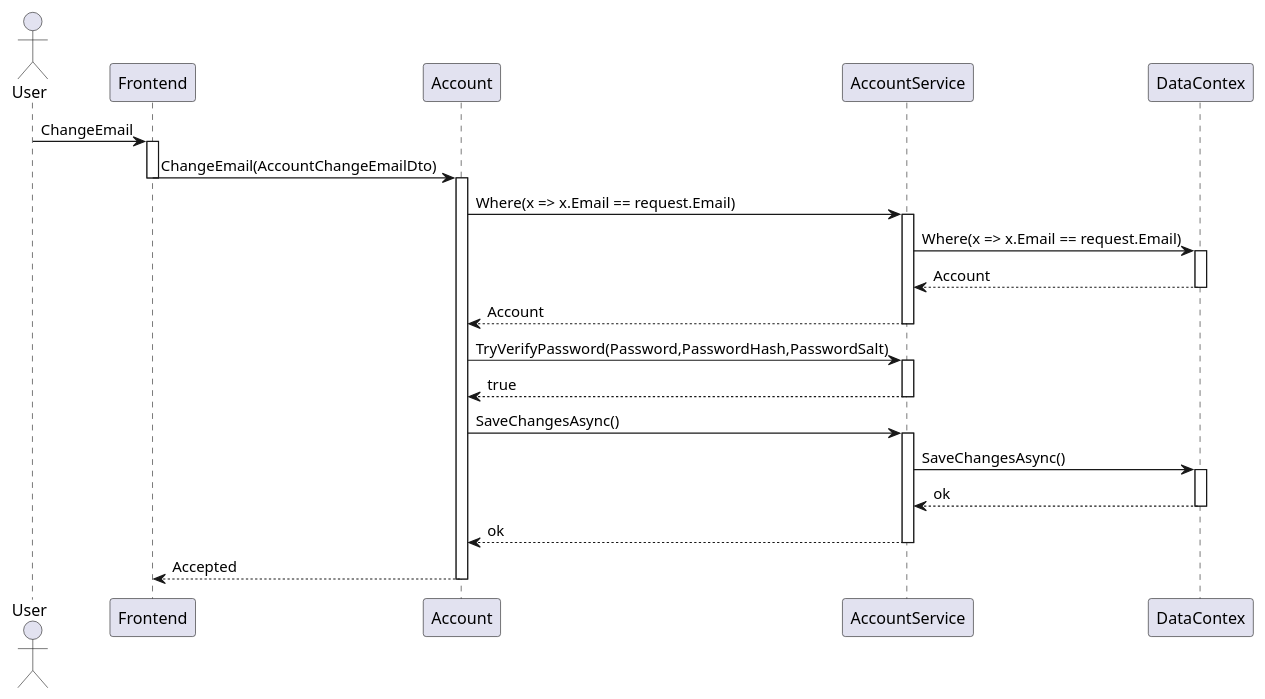
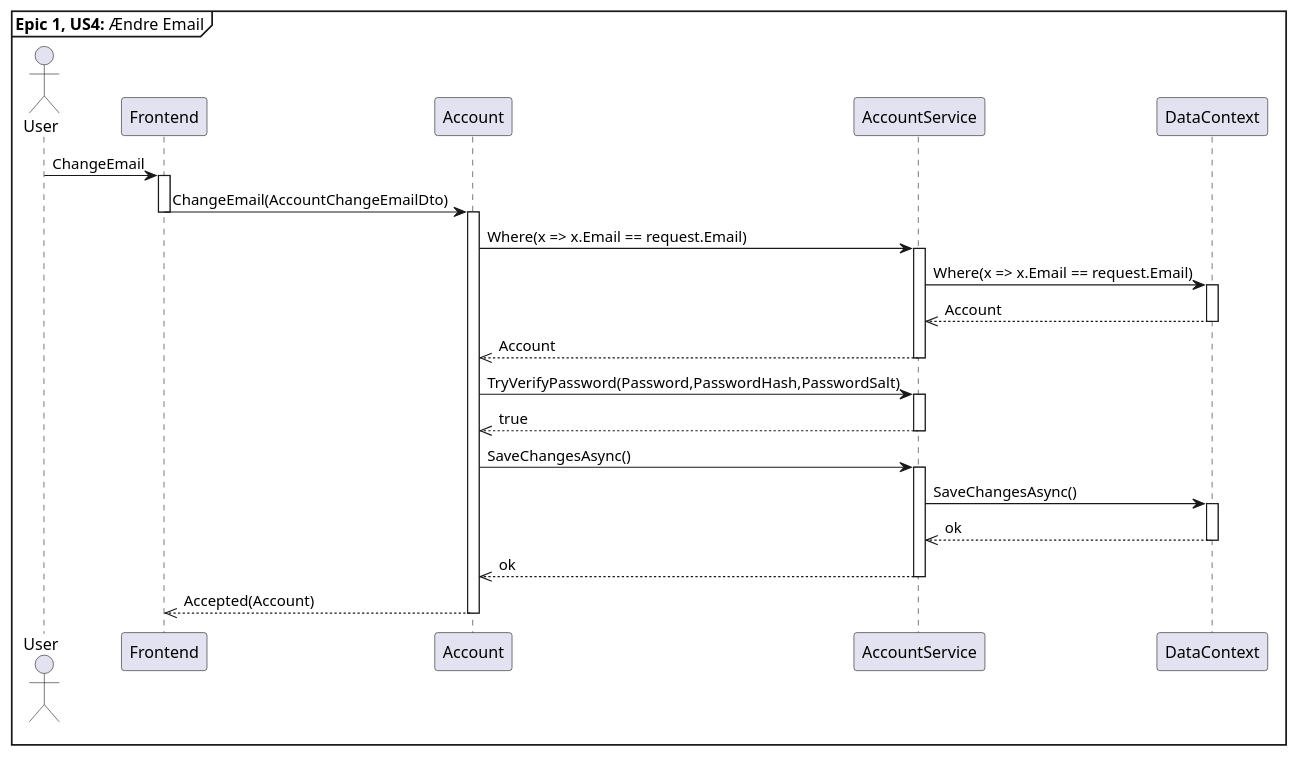
Before and after one commit to MartinStokholm/PRJ4_Repo: the diagram in UML/PlanUML/SequenceDiagram/Account/AccountSequenceChangeEmail.puml, drawn with PlantUML. The commit also changed 1 other file, not shown here.

```diff
--- a/UML/PlanUML/SequenceDiagram/Account/AccountSequenceChangeEmail.puml
+++ b/UML/PlanUML/SequenceDiagram/Account/AccountSequenceChangeEmail.puml
@@ -1,40 +1,42 @@
 @startuml AccountChangeEmail 
 
 
 Actor "User" as U
 participant "Frontend" as F
 participant "Account" as A
 participant "AccountService" as S
-participant "DataContex" as D
+participant "DataContext" as D
+mainframe **Epic 1, US4:** Ændre Email 
+
 
 U -> F : ChangeEmail
 activate F
 F -> A : ChangeEmail(AccountChangeEmailDto)
 deactivate F 
 activate A
 A -> S : Where(x => x.Email == request.Email)
 activate S
 S -> D : Where(x => x.Email == request.Email)
 activate D
-D --> S : Account
+D -->> S : Account
 deactivate D
-S --> A : Account
+S -->> A : Account
 deactivate S
 A -> S : TryVerifyPassword(Password,PasswordHash,PasswordSalt)
 activate S
-S --> A : true 
+S -->> A : true 
 deactivate S
 A -> S : SaveChangesAsync()
 activate S 
 S -> D : SaveChangesAsync()
 activate D
-D --> S : ok
+D -->> S : ok
 deactivate D
-S --> A : ok
+S -->> A : ok
 deactivate S
-A --> F : Accepted
+A -->> F : Accepted(Account)
 deactivate A 
 
 
 
 @enduml
```
